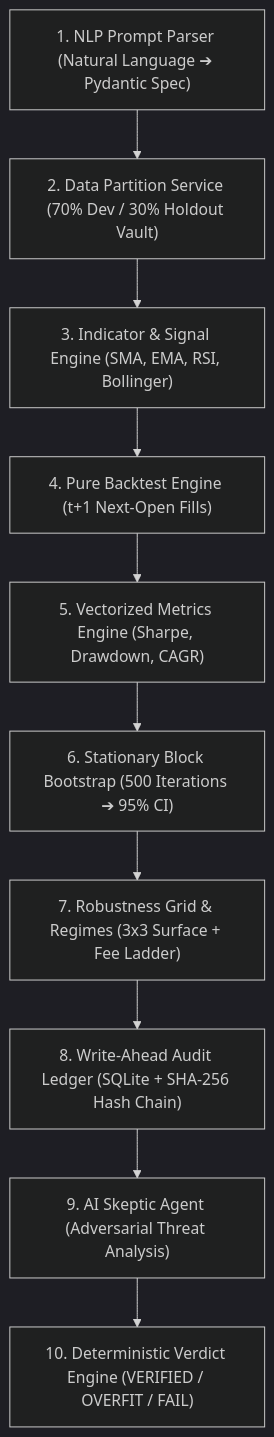
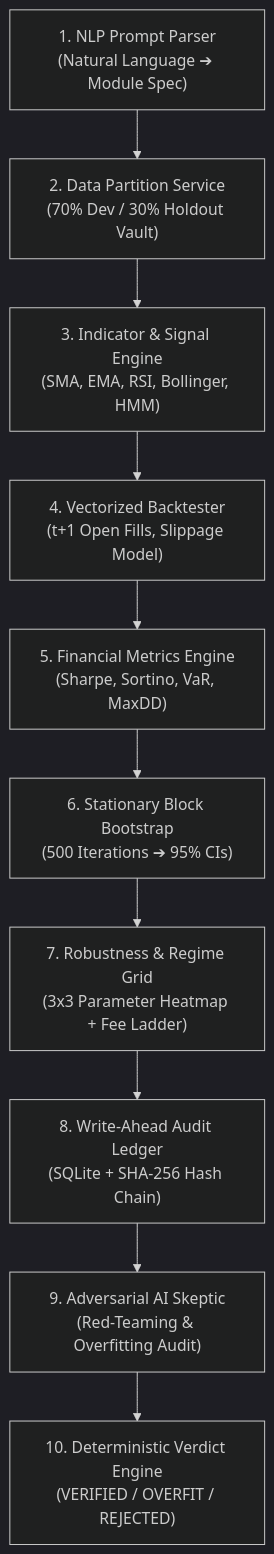
One commit to gowtham-dd/FinTechOS changed the first of 2 diagrams in README.md. Above: the diagram before and after it, drawn with Mermaid (dark theme). The commit also changed other lines of this file and 20 other files, not shown here.

````diff
--- a/README.md
+++ b/README.md
@@ -31,12 +27,12 @@
 ```mermaid
 graph TD
-    A["1. NLP Prompt Parser (Natural Language ➔ Pydantic Spec)"] --> B["2. Data Partition Service (70% Dev / 30% Holdout Vault)"]
-    B --> C["3. Indicator & Signal Engine (SMA, EMA, RSI, Bollinger)"]
-    C --> D["4. Pure Backtest Engine (t+1 Next-Open Fills)"]
-    D --> E["5. Vectorized Metrics Engine (Sharpe, Drawdown, CAGR)"]
-    E --> F["6. Stationary Block Bootstrap (500 Iterations ➔ 95% CI)"]
-    F --> G["7. Robustness Grid & Regimes (3x3 Surface + Fee Ladder)"]
-    G --> H["8. Write-Ahead Audit Ledger (SQLite + SHA-256 Hash Chain)"]
-    H --> I["9. AI Skeptic Agent (Adversarial Threat Analysis)"]
-    I --> J["10. Deterministic Verdict Engine (VERIFIED / OVERFIT / FAIL)"]
+    A["1. NLP Prompt Parser<br/>(Natural Language ➔ Module Spec)"] --> B["2. Data Partition Service<br/>(70% Dev / 30% Holdout Vault)"]
+    B --> C["3. Indicator & Signal Engine<br/>(SMA, EMA, RSI, Bollinger, HMM)"]
+    C --> D["4. Vectorized Backtester<br/>(t+1 Open Fills, Slippage Model)"]
+    D --> E["5. Financial Metrics Engine<br/>(Sharpe, Sortino, VaR, MaxDD)"]
+    E --> F["6. Stationary Block Bootstrap<br/>(500 Iterations ➔ 95% CIs)"]
+    F --> G["7. Robustness & Regime Grid<br/>(3x3 Parameter Heatmap + Fee Ladder)"]
+    G --> H["8. Write-Ahead Audit Ledger<br/>(SQLite + SHA-256 Hash Chain)"]
+    H --> I["9. Adversarial AI Skeptic<br/>(Red-Teaming & Overfitting Audit)"]
+    I --> J["10. Deterministic Verdict Engine<br/>(VERIFIED / OVERFIT / REJECTED)"]
 ```
````
